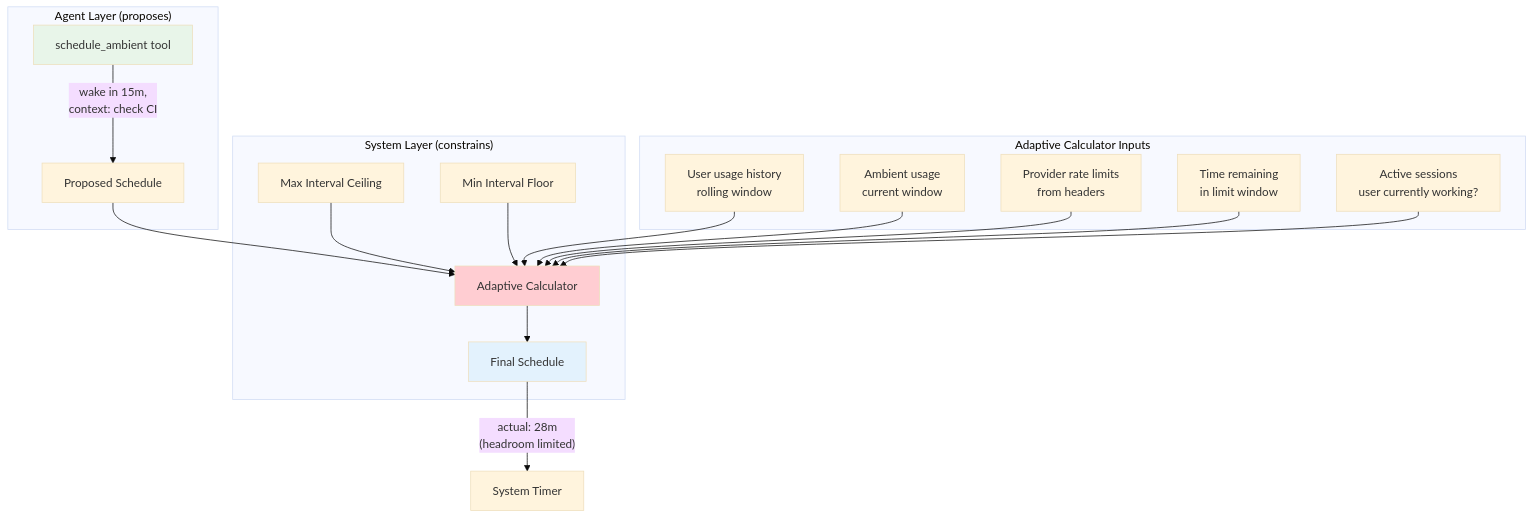
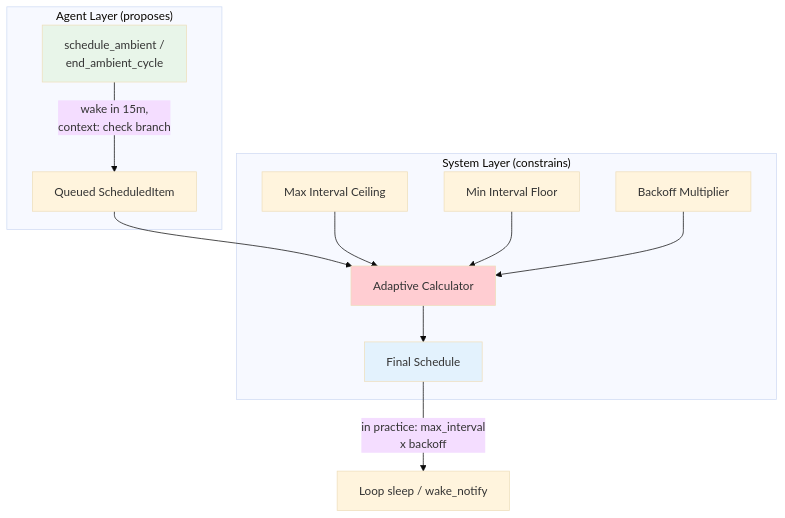
Before and after one commit to indrajeetadityaroy9/jcode: the fifth of 8 diagrams in docs/AMBIENT_MODE.md, drawn with Mermaid (base theme). The commit also changed other lines of this file and 167 other files, not shown here.

````diff
--- a/docs/AMBIENT_MODE.md
+++ b/docs/AMBIENT_MODE.md
@@ -511,34 +630,21 @@
 ```mermaid
 graph TB
     subgraph "Agent Layer (proposes)"
-        AT[schedule_ambient tool]
-        AT -->|"wake in 15m,<br/>context: check CI"| PROP[Proposed Schedule]
+        AT[schedule_ambient /<br/>end_ambient_cycle]
+        AT -->|"wake in 15m,<br/>context: check branch"| PROP[Queued ScheduledItem]
     end
 
     subgraph "System Layer (constrains)"
         PROP --> ADAPT[Adaptive Calculator]
         MAX[Max Interval Ceiling] --> ADAPT
         MIN[Min Interval Floor] --> ADAPT
+        BO[Backoff Multiplier] --> ADAPT
         ADAPT --> FINAL[Final Schedule]
     end
 
-    subgraph "Adaptive Calculator Inputs"
-        UH[User usage history<br/>rolling window]
-        AU[Ambient usage<br/>current window]
-        RL[Provider rate limits<br/>from headers]
-        TW[Time remaining<br/>in limit window]
-        AS[Active sessions<br/>user currently working?]
-    end
-
-    UH --> ADAPT
-    AU --> ADAPT
-    RL --> ADAPT
-    TW --> ADAPT
-    AS --> ADAPT
-
-    FINAL -->|"actual: 28m<br/>(headroom limited)"| TIMER[System Timer]
+    FINAL -->|"in practice: max_interval<br/>x backoff"| TIMER[Loop sleep / wake_notify]
 
     style AT fill:#e8f5e9
     style ADAPT fill:#ffcdd2
     style FINAL fill:#e3f2fd
 ```
````
